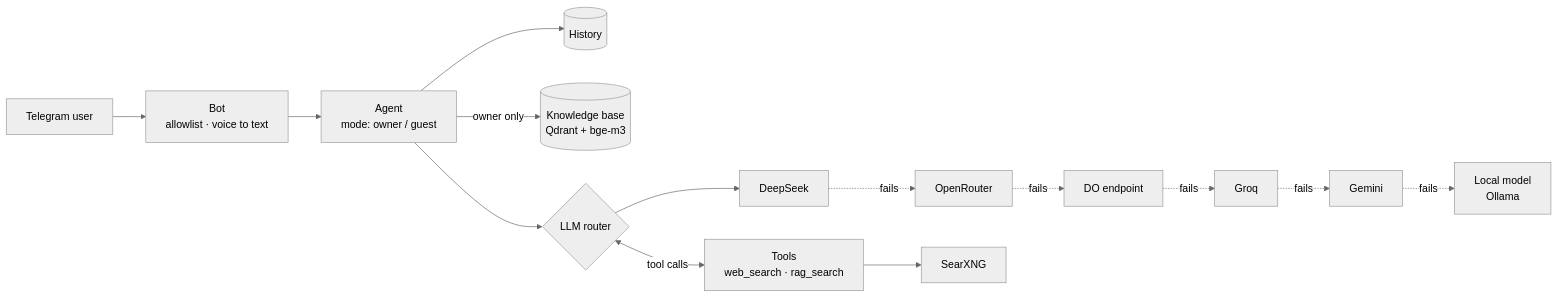
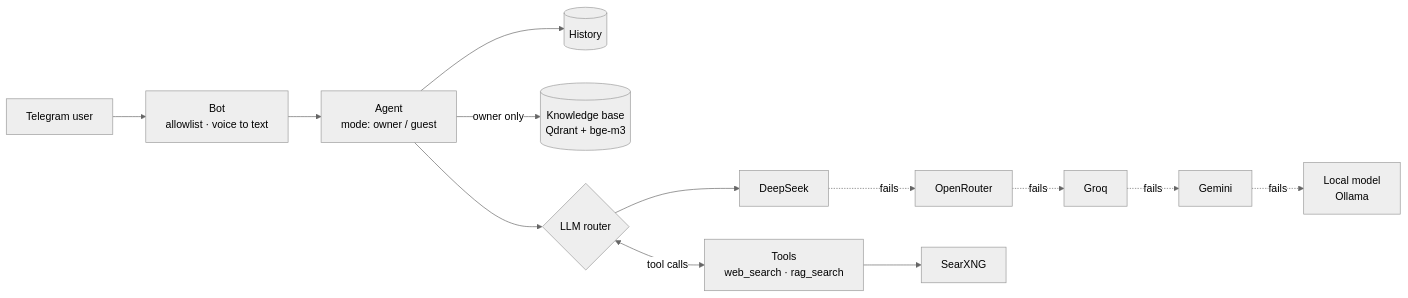
One commit to Redrock453/vika_relay changed the diagram in README.md. Above: the diagram before and after it, drawn with Mermaid (neutral theme). The commit also changed other lines of this file and 4 other files, not shown here.

````diff
--- a/README.md
+++ b/README.md
@@ -20,16 +20,15 @@
 ```mermaid
 flowchart LR
     U[Telegram user] --> B[Bot<br/>allowlist · voice to text]
     B --> A[Agent<br/>mode: owner / guest]
     A --> H[(History)]
     A -->|owner only| K[(Knowledge base<br/>Qdrant + bge-m3)]
     A --> R{LLM router}
     R --> P1[DeepSeek]
     P1 -.->|fails| P2[OpenRouter]
-    P2 -.->|fails| P3[DO endpoint]
-    P3 -.->|fails| P4[Groq]
-    P4 -.->|fails| P5[Gemini]
-    P5 -.->|fails| P6[Local model<br/>Ollama]
+    P2 -.->|fails| P3[Groq]
+    P3 -.->|fails| P4[Gemini]
+    P4 -.->|fails| P5[Local model<br/>Ollama]
     R <-->|tool calls| T[Tools<br/>web_search · rag_search]
     T --> S[SearXNG]
 ```
````
